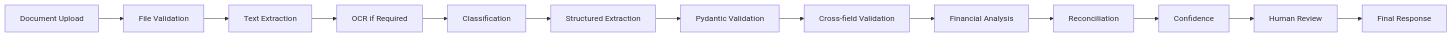
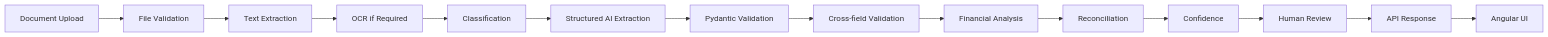
The fifth of 8 diagrams in ARCHITECTURE.md (SAHILDAS/financial-document-analyzer), drawn with Mermaid before and after one commit. The commit also changed other lines of this file and 5 other files, not shown here.

````diff
--- a/ARCHITECTURE.md
+++ b/ARCHITECTURE.md
@@ -1644,30 +1940,31 @@
 ```mermaid
 flowchart LR
-
     A[Document Upload]
     B[File Validation]
     C[Text Extraction]
     D[OCR if Required]
     E[Classification]
-    F[Structured Extraction]
+    F[Structured AI Extraction]
     G[Pydantic Validation]
     H[Cross-field Validation]
     I[Financial Analysis]
     J[Reconciliation]
     K[Confidence]
     L[Human Review]
-    M[Final Response]
+    M[API Response]
+    N[Angular UI]
 
     A --> B
     B --> C
     C --> D
     D --> E
     E --> F
     F --> G
     G --> H
     H --> I
     I --> J
     J --> K
     K --> L
     L --> M
+    M --> N
 ```
````
